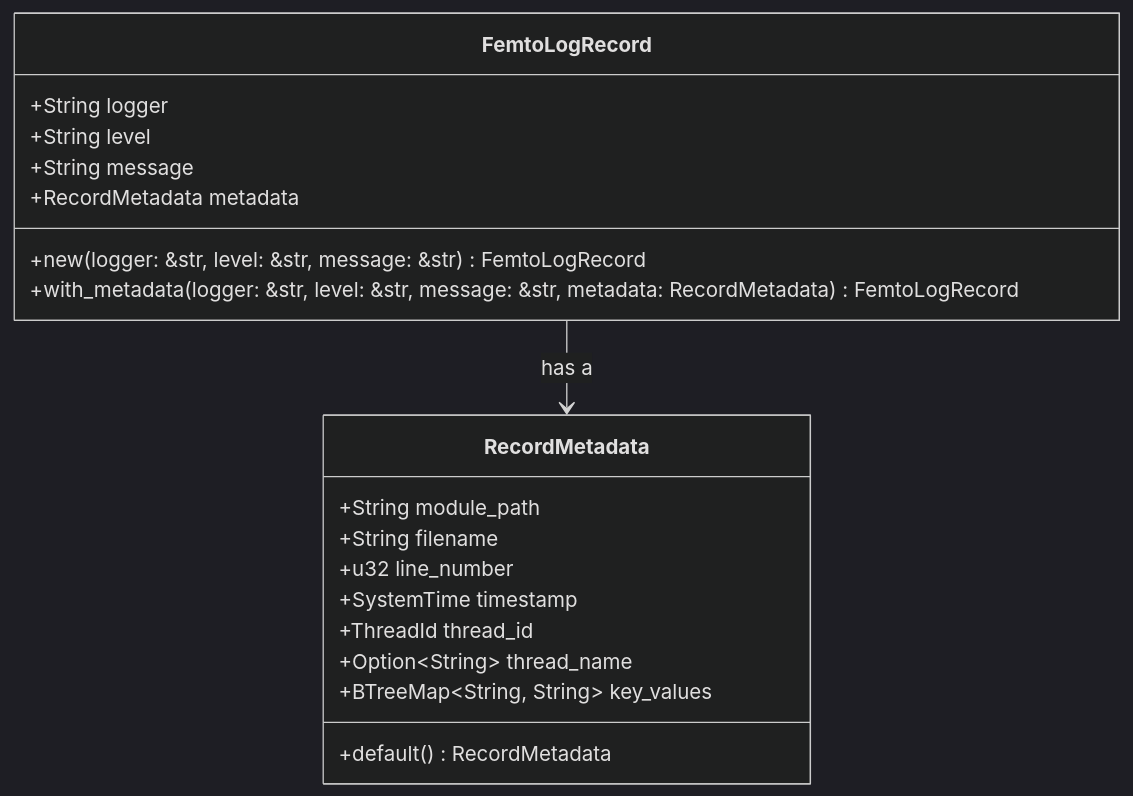
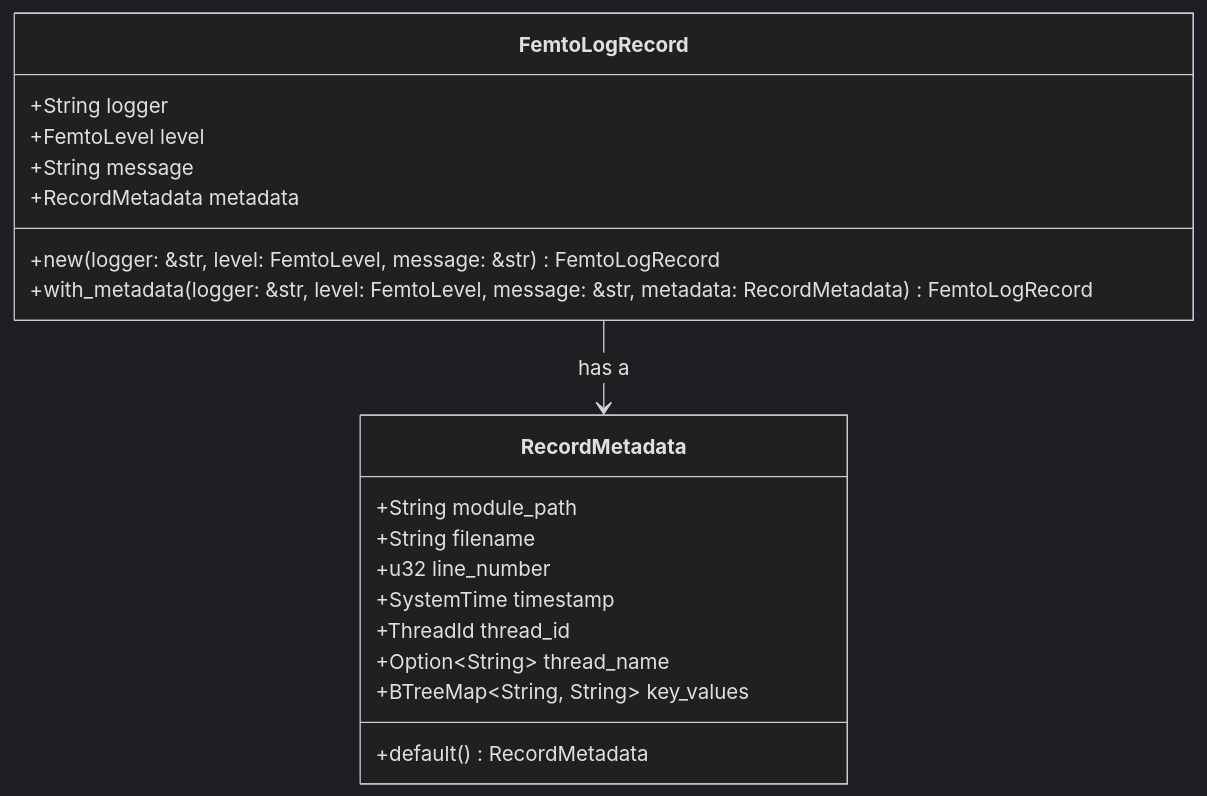
One commit to leynos/femtologging changed the diagram in docs/rust-multithreaded-logging-framework-for-python-design.md. Above: the diagram before and after it, drawn with Mermaid (dark theme). The commit also changed other lines of this file and 16 other files, not shown here.

Commit message:
Add FemtoLevel enum and logger level checks

````diff
--- a/docs/rust-multithreaded-logging-framework-for-python-design.md
+++ b/docs/rust-multithreaded-logging-framework-for-python-design.md
@@ -222,22 +222,22 @@
 ```mermaid
 classDiagram
     class FemtoLogRecord {
         +String logger
-        +String level
+        +FemtoLevel level
         +String message
         +RecordMetadata metadata
-        +new(logger: &str, level: &str, message: &str) FemtoLogRecord
-        +with_metadata(logger: &str, level: &str, message: &str, metadata: RecordMetadata) FemtoLogRecord
+        +new(logger: &str, level: FemtoLevel, message: &str) FemtoLogRecord
+        +with_metadata(logger: &str, level: FemtoLevel, message: &str, metadata: RecordMetadata) FemtoLogRecord
     }
     class RecordMetadata {
         +String module_path
         +String filename
         +u32 line_number
         +SystemTime timestamp
         +ThreadId thread_id
         +Option~String~ thread_name
         +BTreeMap~String, String~ key_values
         +default() RecordMetadata
     }
     FemtoLogRecord --> RecordMetadata : has a
 ```
````
